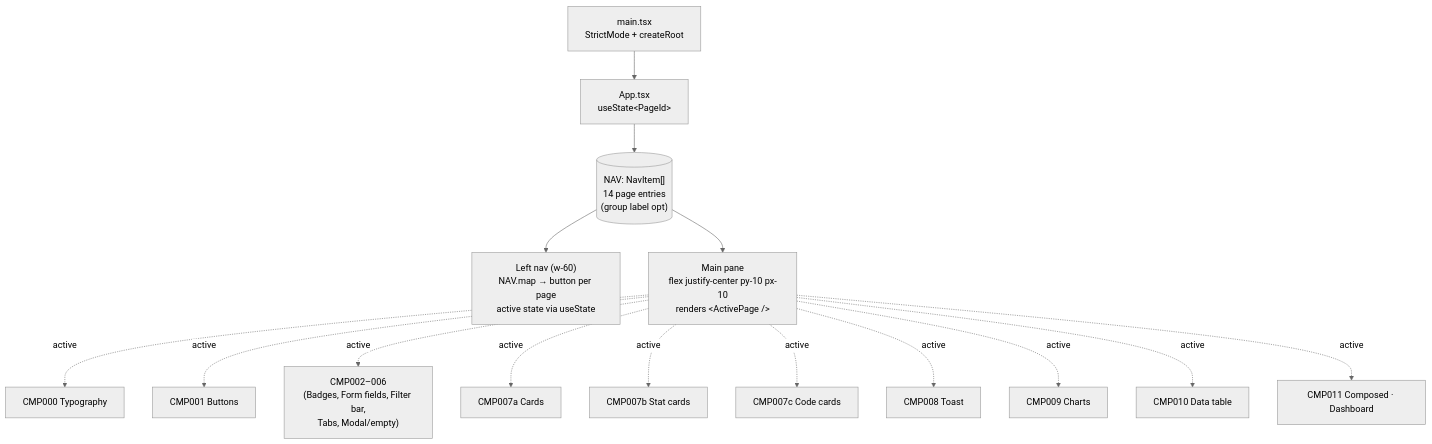
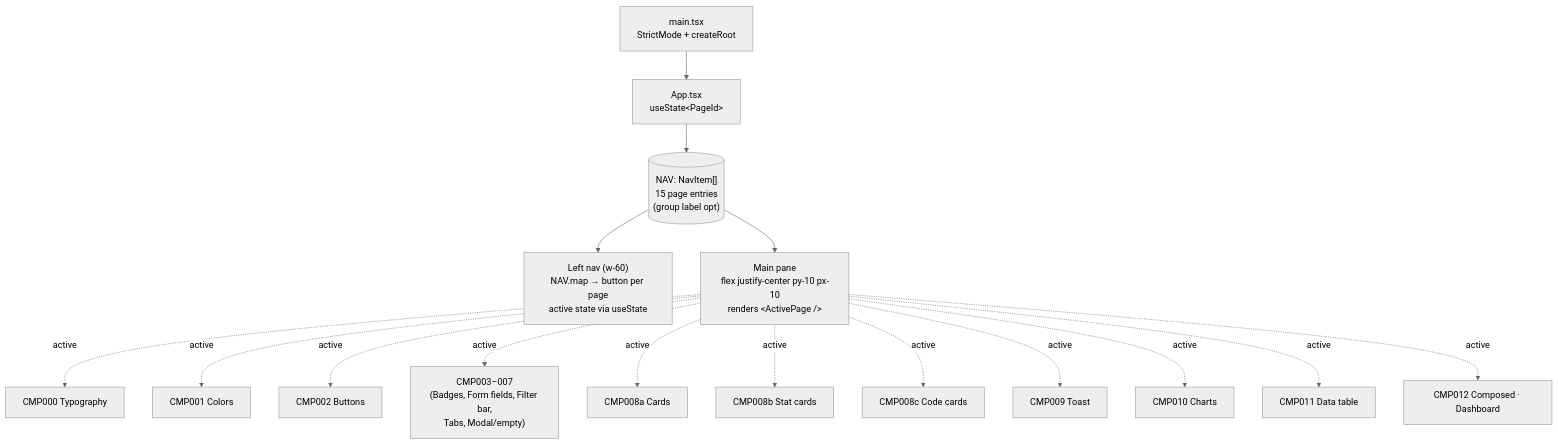
The second of 7 diagrams in data-model.md (Neoneue/GateAI), drawn with Mermaid (neutral theme) before and after one commit. The commit also changed other lines of this file and 12 other files, not shown here.

````diff
--- a/data-model.md
+++ b/data-model.md
@@ -53,34 +53,36 @@
 ```mermaid
 graph TB
     MAIN["main.tsx<br/>StrictMode + createRoot"]
     APP["App.tsx<br/>useState&lt;PageId&gt;"]
-    NAV[("NAV: NavItem[]<br/>14 page entries<br/>(group label opt)")]
+    NAV[("NAV: NavItem[]<br/>15 page entries<br/>(group label opt)")]
     LEFT["Left nav (w-60)<br/>NAV.map → button per page<br/>active state via useState"]
     MAINPANE["Main pane<br/>flex justify-center py-10 px-10<br/>renders &lt;ActivePage /&gt;"]
 
     PAGE000["CMP000 Typography"]
-    PAGE001["CMP001 Buttons"]
-    PAGEDOTS["CMP002–006<br/>(Badges, Form fields, Filter bar,<br/>Tabs, Modal/empty)"]
-    PAGE007a["CMP007a Cards"]
-    PAGE007b["CMP007b Stat cards"]
-    PAGE007c["CMP007c Code cards"]
-    PAGE008["CMP008 Toast"]
-    PAGE009["CMP009 Charts"]
-    PAGE010["CMP010 Data table"]
-    PAGE011["CMP011 Composed · Dashboard"]
+    PAGE001["CMP001 Colors"]
+    PAGE002["CMP002 Buttons"]
+    PAGEDOTS["CMP003–007<br/>(Badges, Form fields, Filter bar,<br/>Tabs, Modal/empty)"]
+    PAGE008a["CMP008a Cards"]
+    PAGE008b["CMP008b Stat cards"]
+    PAGE008c["CMP008c Code cards"]
+    PAGE009["CMP009 Toast"]
+    PAGE010["CMP010 Charts"]
+    PAGE011["CMP011 Data table"]
+    PAGE012["CMP012 Composed · Dashboard"]
 
     MAIN --> APP
     APP --> NAV
     NAV --> LEFT
     NAV --> MAINPANE
     MAINPANE -.->|active| PAGE000
     MAINPANE -.->|active| PAGE001
+    MAINPANE -.->|active| PAGE002
     MAINPANE -.->|active| PAGEDOTS
-    MAINPANE -.->|active| PAGE007a
-    MAINPANE -.->|active| PAGE007b
-    MAINPANE -.->|active| PAGE007c
-    MAINPANE -.->|active| PAGE008
+    MAINPANE -.->|active| PAGE008a
+    MAINPANE -.->|active| PAGE008b
+    MAINPANE -.->|active| PAGE008c
     MAINPANE -.->|active| PAGE009
     MAINPANE -.->|active| PAGE010
     MAINPANE -.->|active| PAGE011
+    MAINPANE -.->|active| PAGE012
 ```
````
